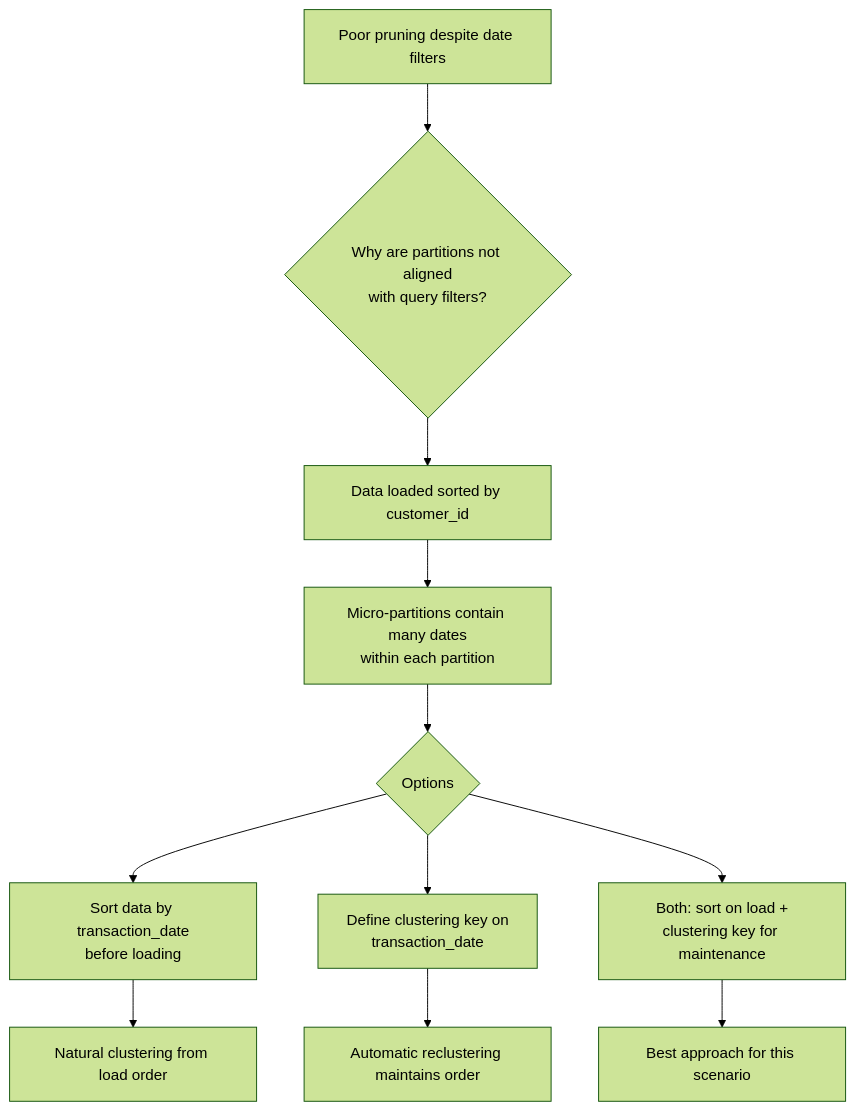
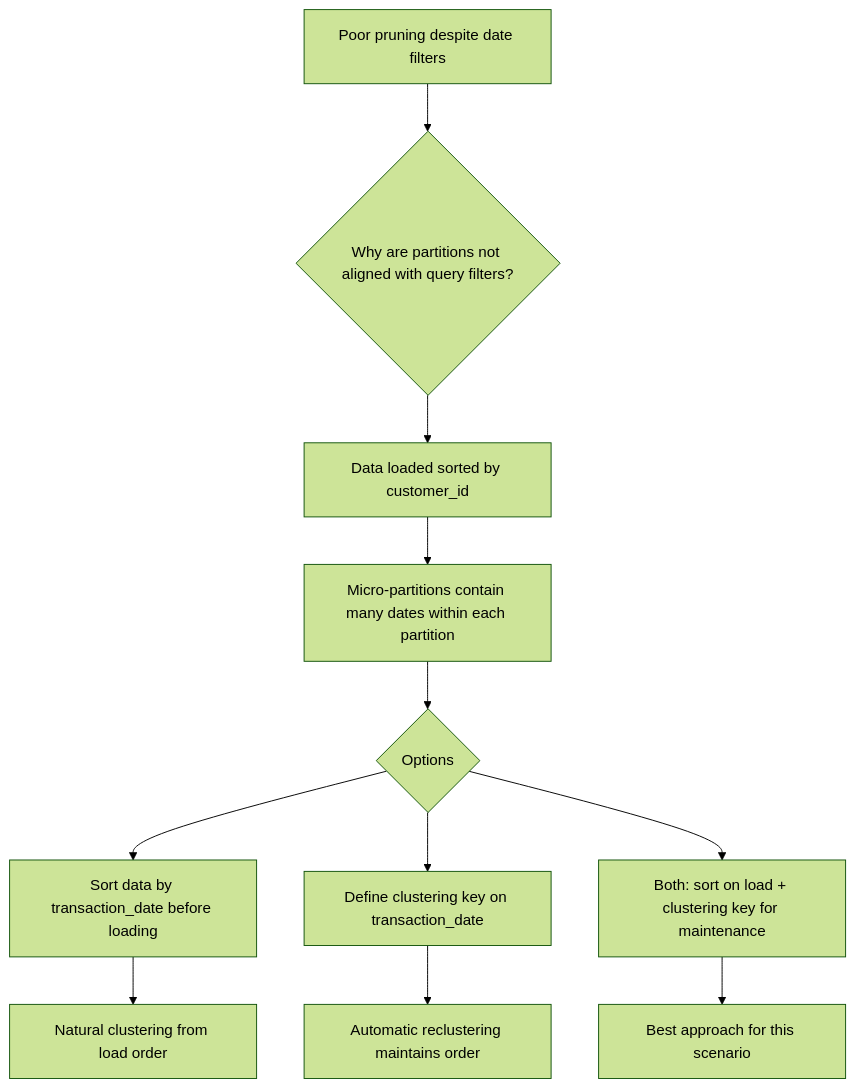
Diagram 11 of 12 in 1_Snowflake_AI_Data_Cloud_Features_and_Architecture/Scenarios_Domain1.md (harishupadrasta/snowPro-Core), drawn with Mermaid (forest theme) before and after one commit. The commit also changed other lines of this file and 16 other files, not shown here.

First line of the commit message:
Fix mermaid diagrams: replace <br/> with spaces for GitHub rendering

````diff
--- a/1_Snowflake_AI_Data_Cloud_Features_and_Architecture/Scenarios_Domain1.md
+++ b/1_Snowflake_AI_Data_Cloud_Features_and_Architecture/Scenarios_Domain1.md
@@ -348,13 +348,13 @@
 ```mermaid
 graph TD
-    A[Poor pruning despite date filters] --> B{Why are partitions not aligned<br/>with query filters?}
+    A[Poor pruning despite date filters] --> B{Why are partitions not aligned with query filters?}
     B --> C[Data loaded sorted by customer_id]
-    C --> D[Micro-partitions contain many dates<br/>within each partition]
+    C --> D[Micro-partitions contain many dates within each partition]
     D --> E{Options}
-    E --> F[Sort data by transaction_date<br/>before loading]
-    E --> G[Define clustering key on<br/>transaction_date]
-    E --> H[Both: sort on load +<br/>clustering key for maintenance]
+    E --> F[Sort data by transaction_date before loading]
+    E --> G[Define clustering key on transaction_date]
+    E --> H[Both: sort on load + clustering key for maintenance]
     F --> I[Natural clustering from load order]
     G --> J[Automatic reclustering maintains order]
     H --> K[Best approach for this scenario]
 ```
````
